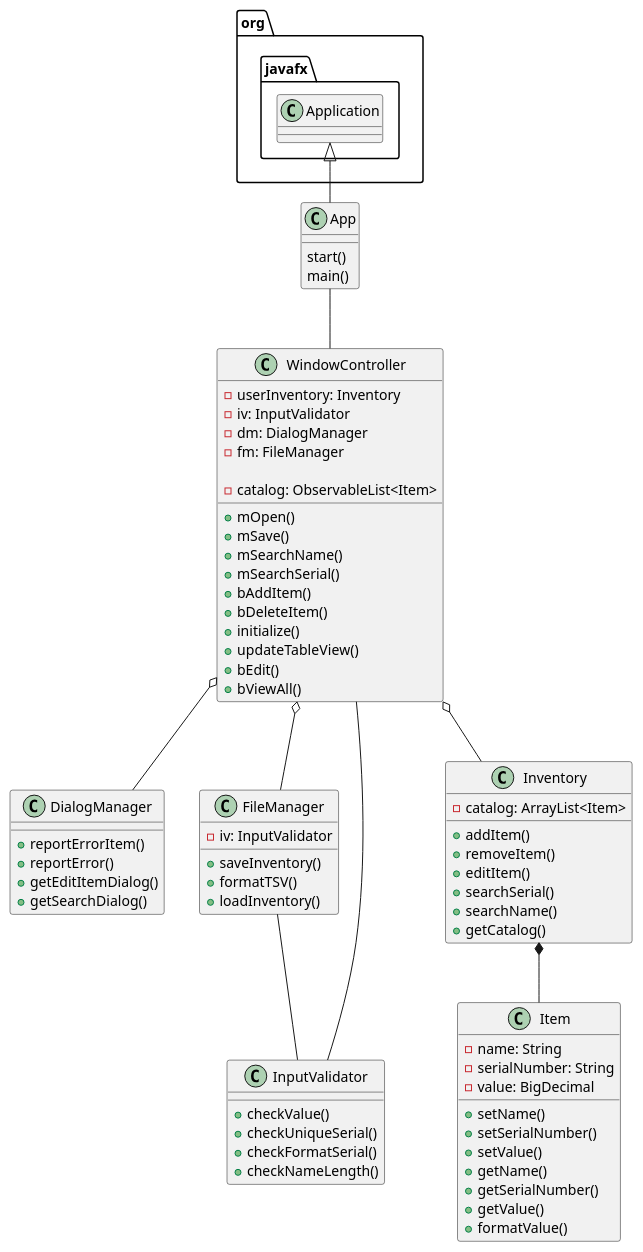
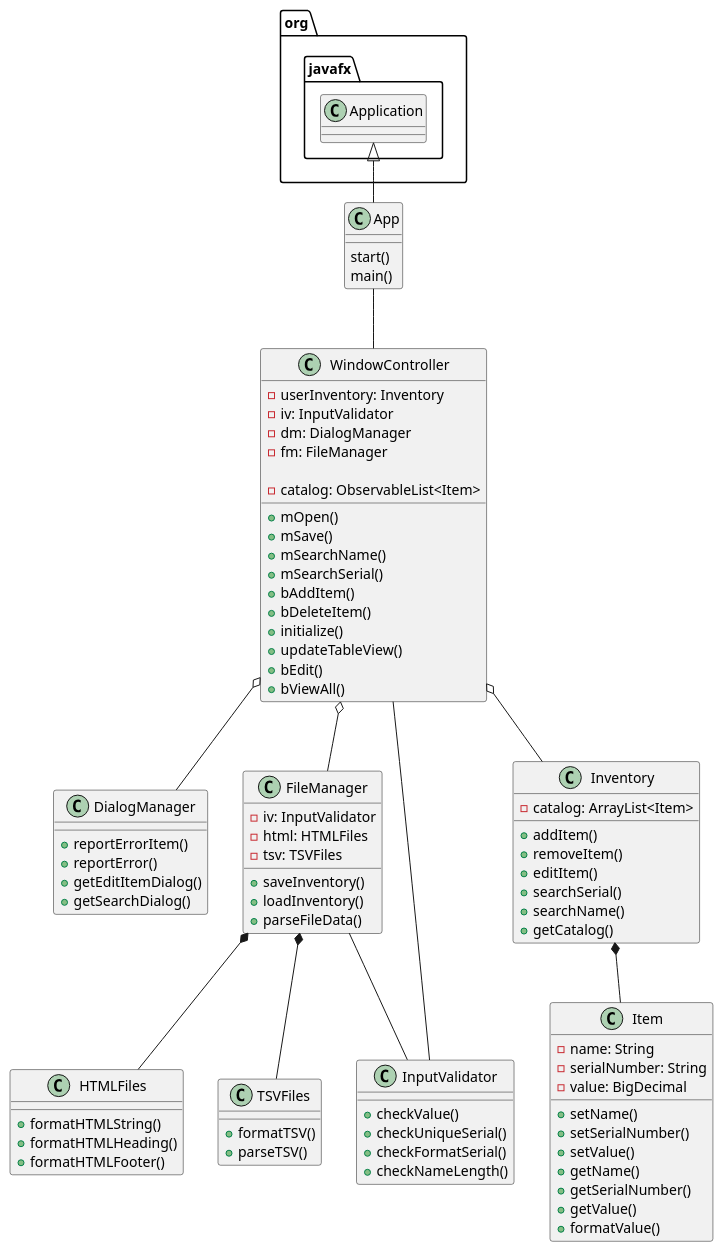
Before and after one commit to kingraham228/Ingraham-7945-a5: the diagram in uml/Inventory.puml, drawn with PlantUML. The commit also changed 5 other files, not shown here.

```diff
--- a/uml/Inventory.puml
+++ b/uml/Inventory.puml
@@ -1,82 +1,98 @@
 @startuml
 class App{
 start()
 main()
 }
 
 class WindowController{
 - userInventory: Inventory
 - iv: InputValidator
 - dm: DialogManager
 - fm: FileManager
 
 - catalog: ObservableList<Item>
 
 +mOpen()
 +mSave()
 +mSearchName()
 +mSearchSerial()
 +bAddItem()
 +bDeleteItem()
 +initialize()
 +updateTableView()
 +bEdit()
 +bViewAll()
 
 }
 
 class DialogManager{
 +reportErrorItem()
 +reportError()
 +getEditItemDialog()
 +getSearchDialog()
 }
 
 class FileManager{
 -iv: InputValidator
+-html: HTMLFiles
+-tsv: TSVFiles
 +saveInventory()
-+formatTSV()
 +loadInventory()
++parseFileData()
 }
 
 class Inventory{
 - catalog: ArrayList<Item>
 
 +addItem()
 +removeItem()
 +editItem()
 +searchSerial()
 +searchName()
 +getCatalog()
 }
 
 class Item{
 -name: String
 -serialNumber: String
 -value: BigDecimal
 
 +setName()
 +setSerialNumber()
 +setValue()
 +getName()
 +getSerialNumber()
 +getValue()
 +formatValue()
 }
 
 class InputValidator{
 + checkValue()
 + checkUniqueSerial()
 + checkFormatSerial()
 + checkNameLength()
 }
 
+class HTMLFiles{
++formatHTMLString()
++formatHTMLHeading()
++formatHTMLFooter()
+}
+
+class TSVFiles{
++formatTSV()
++parseTSV()
+}
+
+
 org.javafx.Application <|-- App
 App -- WindowController
 WindowController o-- DialogManager
 WindowController o-- FileManager
 WindowController o-- Inventory
 Inventory *-- Item
 WindowController -- InputValidator
 FileManager --InputValidator
+FileManager *-- HTMLFiles
+FileManager *-- TSVFiles
 @enduml
```
